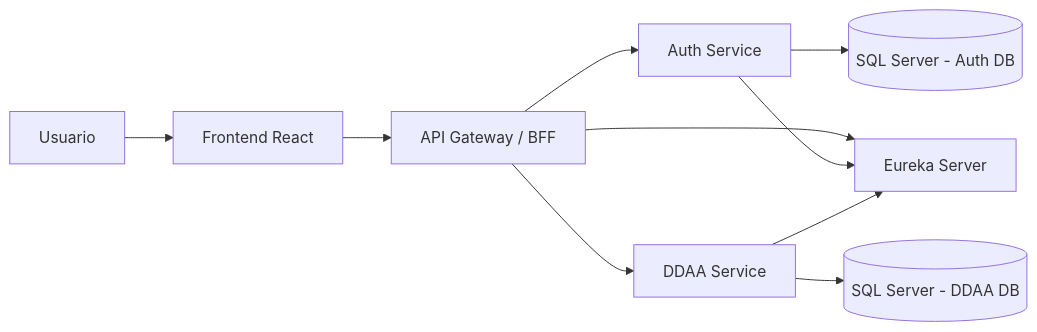
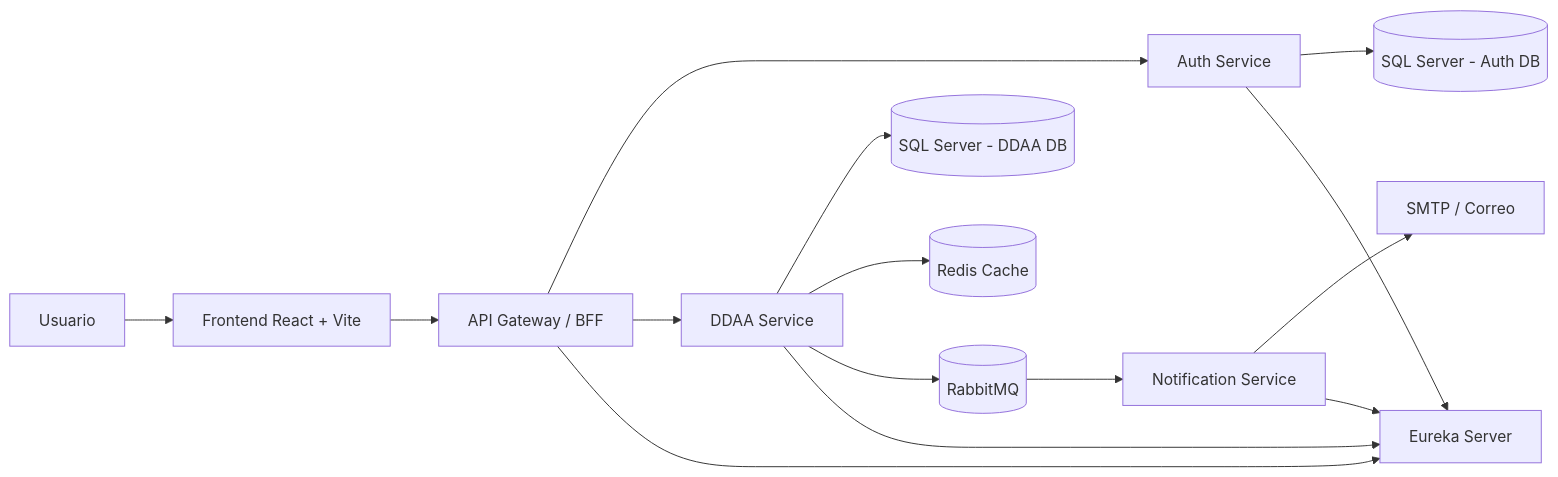
Before and after one commit to flecaros84/ddaa_platform: the diagram in readme.md, drawn with Mermaid. The commit also changed other lines of this file, not shown here.

````diff
--- a/readme.md
+++ b/readme.md
@@ -169,15 +66,21 @@
 ```mermaid
 flowchart LR
-    U[Usuario] --> FE[Frontend React]
+    U[Usuario] --> FE[Frontend React + Vite]
     FE --> GW[API Gateway / BFF]
 
     GW --> AUTH[Auth Service]
     GW --> DDAA[DDAA Service]
 
     AUTH --> AUTHDB[(SQL Server - Auth DB)]
     DDAA --> DDAADB[(SQL Server - DDAA DB)]
 
+    DDAA --> REDIS[(Redis Cache)]
+    DDAA --> MQ[(RabbitMQ)]
+    MQ --> NOTIF[Notification Service]
+    NOTIF --> MAIL[SMTP / Correo]
+
     GW --> EUREKA[Eureka Server]
     AUTH --> EUREKA
     DDAA --> EUREKA
+    NOTIF --> EUREKA
 ```
````
